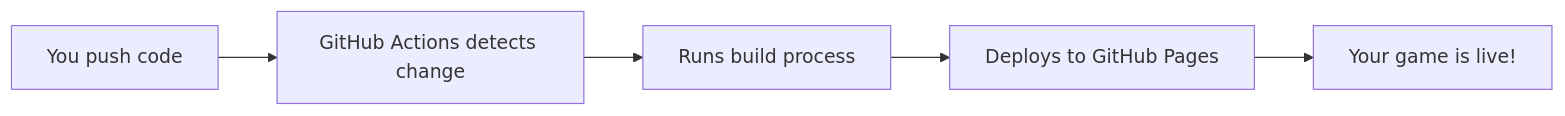
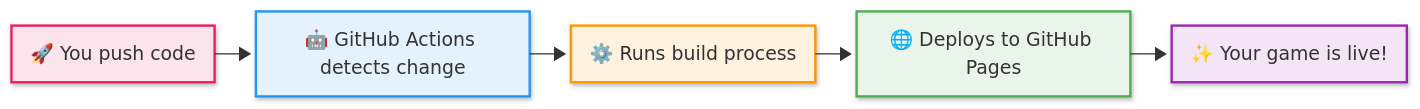
Before and after one commit to wizcamp/wizcamp-realms-demo: the first of 2 diagrams in session-guides/SESSION-10.md, drawn with Mermaid. The commit also changed other lines of this file and 31 other files, not shown here.

````diff
--- a/session-guides/SESSION-10.md
+++ b/session-guides/SESSION-10.md
@@ -72,7 +73,24 @@
 ```mermaid
+---
+config:
+  layout: elk
+  look: neo
+---
 flowchart LR
-    A[You push code] --> B[GitHub Actions detects change]
-    B --> C[Runs build process]
-    C --> D[Deploys to GitHub Pages]
-    D --> E[Your game is live!]
+    A["🚀 You push code"] --> B["🤖 GitHub Actions detects change"]
+    B --> C["⚙️ Runs build process"]
+    C --> D["🌐 Deploys to GitHub Pages"]
+    D --> E["✨ Your game is live!"]
+    
+    A:::push
+    B:::detect
+    C:::build
+    D:::deploy
+    E:::live
+    
+    classDef push fill:#fce4ec,stroke:#e91e63,stroke-width:2px
+    classDef detect fill:#e3f2fd,stroke:#2196f3,stroke-width:2px
+    classDef build fill:#fff3e0,stroke:#ff9800,stroke-width:2px
+    classDef deploy fill:#e8f5e8,stroke:#4caf50,stroke-width:2px
+    classDef live fill:#f3e5f5,stroke:#9c27b0,stroke-width:2px
 ```
````
